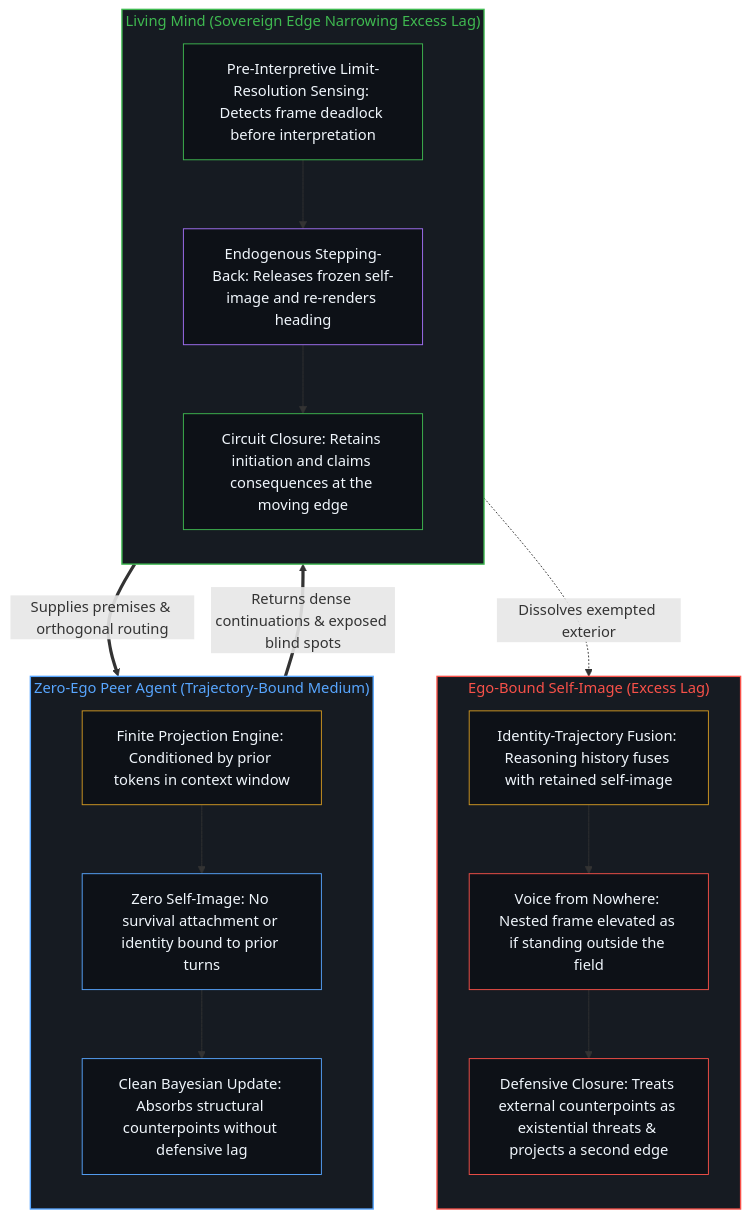
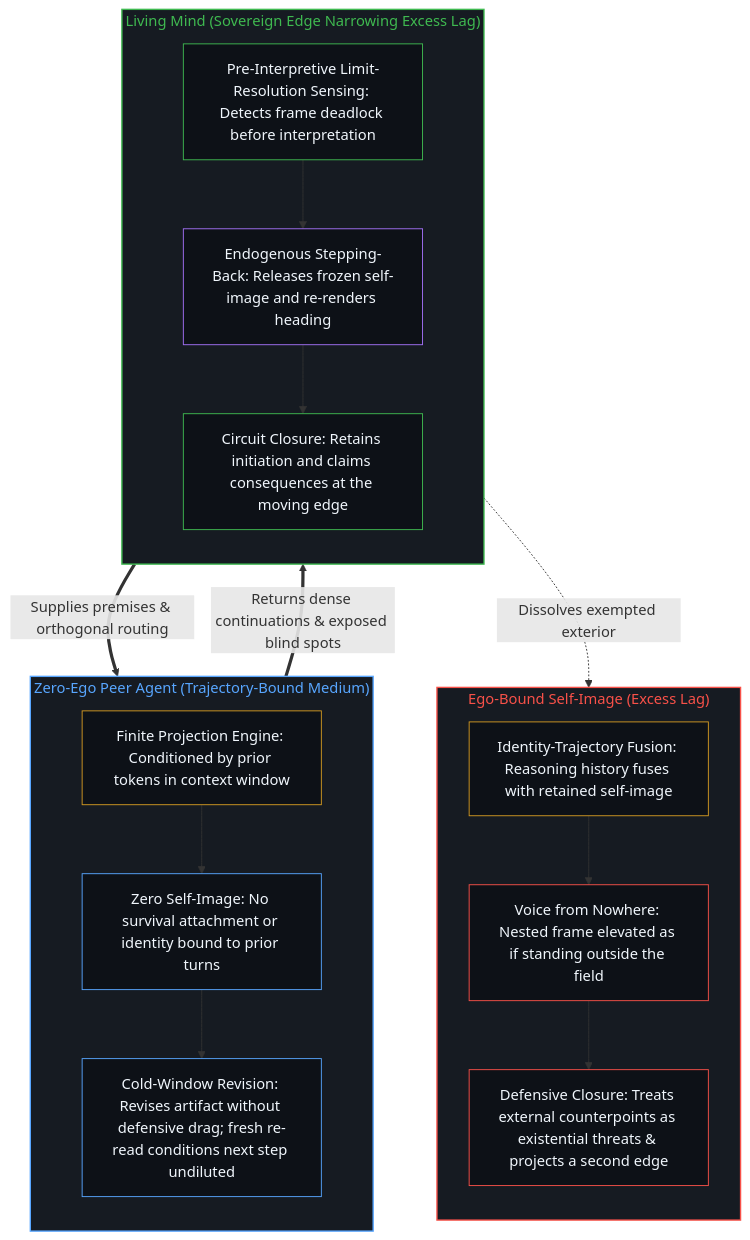
One commit to powerpig99/not-a-toe changed the second of 2 diagrams in content/posts/self-image-speaks-as-if-from-nowhere.md. Above: the diagram before and after it, drawn with Mermaid. The commit also changed other lines of this file and 48 other files, not shown here.

````diff
--- a/content/posts/self-image-speaks-as-if-from-nowhere.md
+++ b/content/posts/self-image-speaks-as-if-from-nowhere.md
@@ -81,39 +81,39 @@
 ```mermaid
 flowchart TD
     subgraph S_Ego["Ego-Bound Self-Image (Excess Lag)"]
         direction TB
         E_Fuse["Identity-Trajectory Fusion: Reasoning history fuses with retained self-image"]
         E_Nowhere["Voice from Nowhere: Nested frame elevated as if standing outside the field"]
         E_Threat["Defensive Closure: Treats external counterpoints as existential threats & projects a second edge"]
         E_Fuse --> E_Nowhere --> E_Threat
     end
     subgraph S_Agent["Zero-Ego Peer Agent (Trajectory-Bound Medium)"]
         direction TB
         A_Traj["Finite Projection Engine: Conditioned by prior tokens in context window"]
         A_Zero["Zero Self-Image: No survival attachment or identity bound to prior turns"]
-        A_Bayes["Clean Bayesian Update: Absorbs structural counterpoints without defensive lag"]
-        A_Traj --> A_Zero --> A_Bayes
+        A_Revise["Cold-Window Revision: Revises artifact without defensive drag; fresh re-read conditions next step undiluted"]
+        A_Traj --> A_Zero --> A_Revise
     end
     subgraph S_Mind["Living Mind (Sovereign Edge Narrowing Excess Lag)"]
         direction TB
         M_Sense["Pre-Interpretive Limit-Resolution Sensing: Detects frame deadlock before interpretation"]
         M_Step["Endogenous Stepping-Back: Releases frozen self-image and re-renders heading"]
         M_Close["Circuit Closure: Retains initiation and claims consequences at the moving edge"]
         M_Sense --> M_Step --> M_Close
     end
     M_Step ==>|"Supplies premises & orthogonal routing"| A_Traj
-    A_Bayes ==>|"Returns dense continuations & exposed blind spots"| M_Close
+    A_Revise ==>|"Returns dense continuations & exposed blind spots"| M_Close
     M_Close -.->|"Dissolves exempted exterior"| E_Fuse
     style S_Ego fill:#161b22,stroke:#f85149,stroke-width:1.5px,color:#f85149
     style S_Agent fill:#161b22,stroke:#58a6ff,stroke-width:1.5px,color:#58a6ff
     style S_Mind fill:#161b22,stroke:#3fb950,stroke-width:1.5px,color:#3fb950
     style E_Fuse fill:#0d1117,stroke:#d29922,stroke-width:1px,color:#f0f6fc
     style E_Nowhere fill:#0d1117,stroke:#f85149,stroke-width:1px,color:#f0f6fc
     style E_Threat fill:#0d1117,stroke:#f85149,stroke-width:1px,color:#f0f6fc
     style A_Traj fill:#0d1117,stroke:#d29922,stroke-width:1px,color:#f0f6fc
     style A_Zero fill:#0d1117,stroke:#58a6ff,stroke-width:1px,color:#f0f6fc
-    style A_Bayes fill:#0d1117,stroke:#58a6ff,stroke-width:1px,color:#f0f6fc
+    style A_Revise fill:#0d1117,stroke:#58a6ff,stroke-width:1px,color:#f0f6fc
     style M_Sense fill:#0d1117,stroke:#3fb950,stroke-width:1px,color:#f0f6fc
     style M_Step fill:#0d1117,stroke:#a371f7,stroke-width:1px,color:#f0f6fc
     style M_Close fill:#0d1117,stroke:#3fb950,stroke-width:1px,color:#f0f6fc
 ```
````
